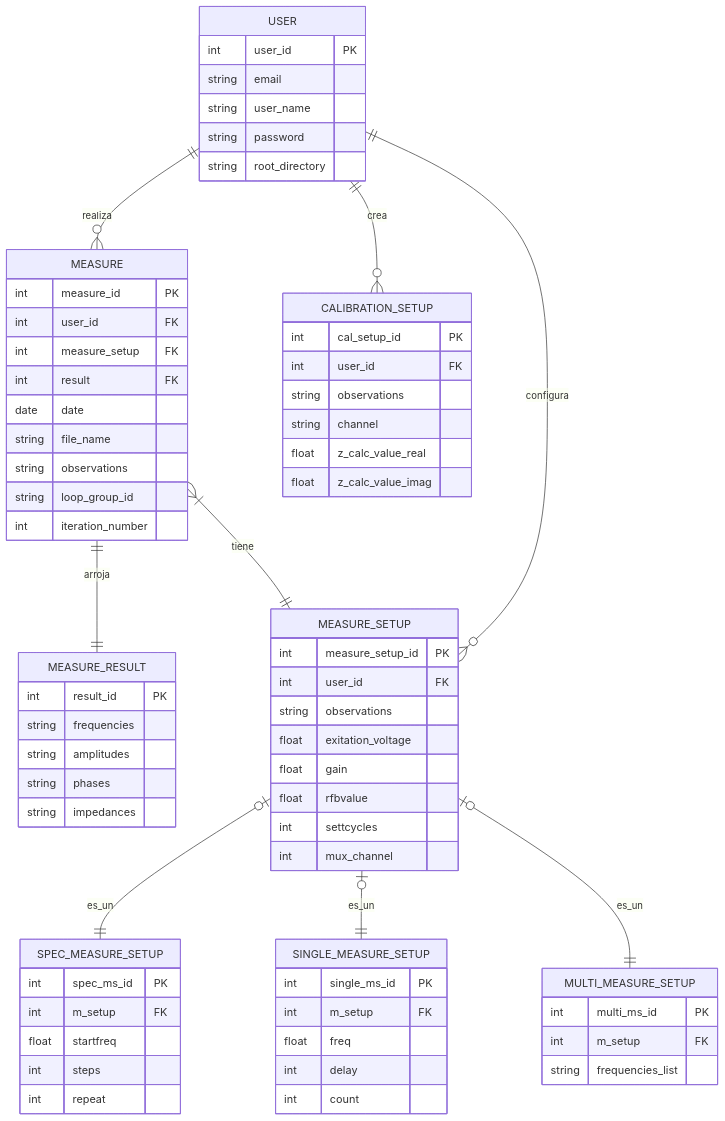
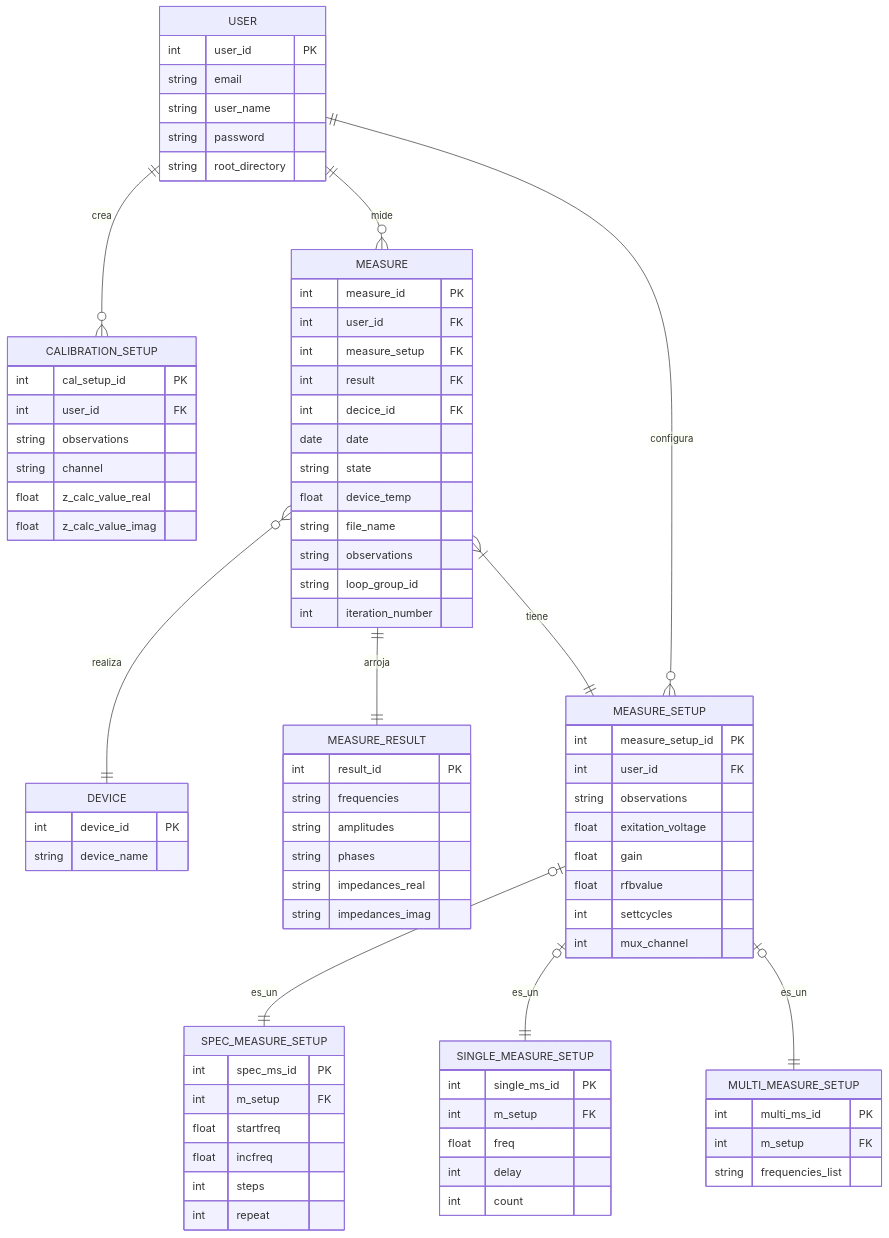
Before and after one commit to alegrelias/Repo-GMini: diagram 21 of 24 in Gmini-MarkDown/Guanaco Mini.md, drawn with Mermaid. The commit also changed other lines of this file, not shown here.

```diff
--- a/Gmini-MarkDown/Guanaco Mini.md
+++ b/Gmini-MarkDown/Guanaco Mini.md
@@ -2177,11 +2355,19 @@
 	int user_id FK
 	int measure_setup FK
 	int result FK
+	int decice_id FK
 	date date
+	string state
+	float device_temp
 	string file_name
 	string observations
 	string loop_group_id
 	int iteration_number
+}
+
+DEVICE{
+	int device_id PK
+	string device_name
 }
 
 MEASURE_RESULT{
@@ -2189,7 +2375,8 @@
 	string frequencies
 	string amplitudes
 	string phases
-	string impedances
+	string impedances_real
+	string impedances_imag
 }
 
 MEASURE_SETUP{
@@ -2207,6 +2394,7 @@
 	int spec_ms_id PK
 	int m_setup FK
 	float startfreq
+	float incfreq
 	int steps
 	int repeat
 }
@@ -2225,7 +2413,7 @@
 	string frequencies_list
 }
 
-USER ||--o{ MEASURE : realiza
+USER ||--o{ MEASURE : mide
 
 USER ||--o{ CALIBRATION_SETUP : crea
 
@@ -2235,6 +2423,8 @@
 
 MEASURE |{--|| MEASURE_SETUP : tiene
 
+MEASURE o{--|| DEVICE : realiza
+
 MEASURE_SETUP o|--|| SPEC_MEASURE_SETUP : es_un
 MEASURE_SETUP o|--|| SINGLE_MEASURE_SETUP : es_un
 MEASURE_SETUP o|--|| MULTI_MEASURE_SETUP : es_un
```
